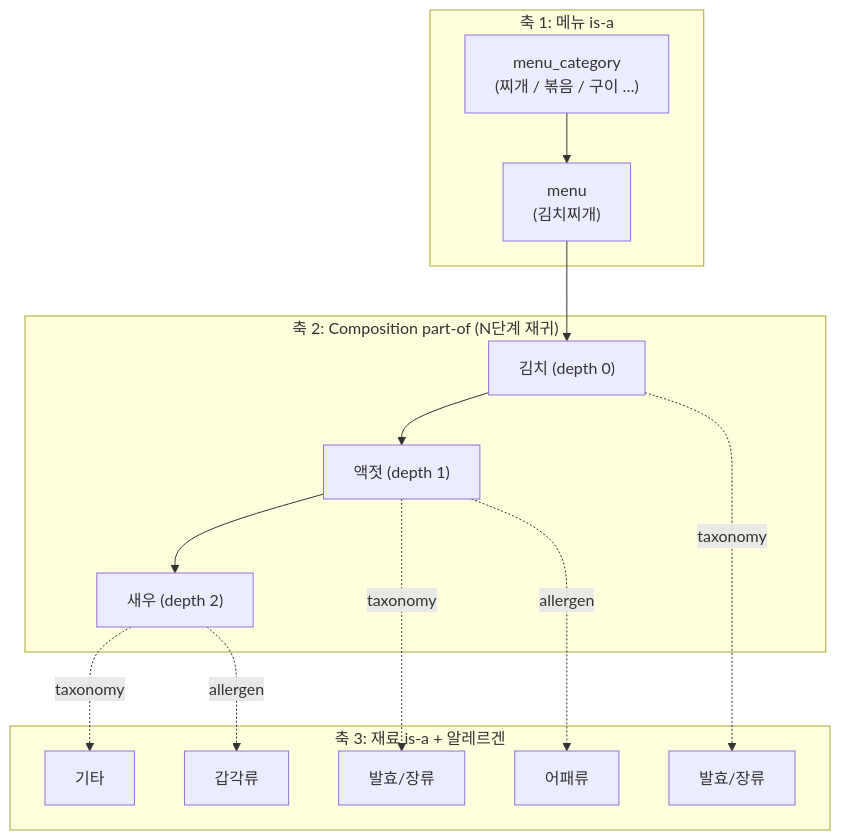
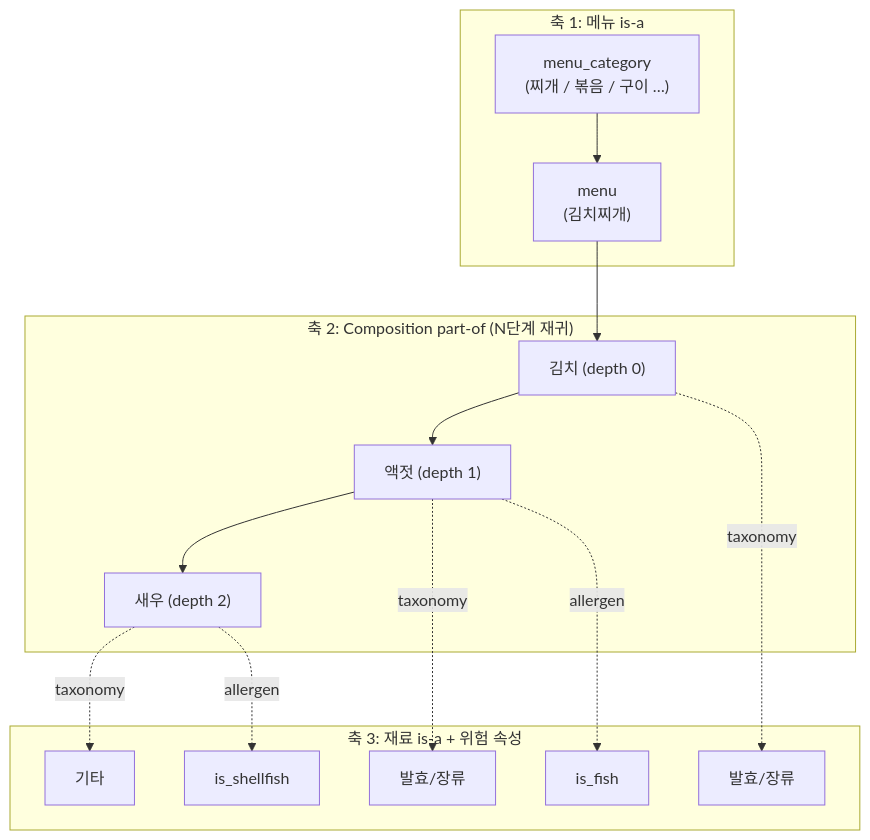
Before and after one commit to Han-Spoon/ai: the third of 3 diagrams in docs/agent-4-DBontology.md, drawn with Mermaid. The commit also changed other lines of this file and 2 other files, not shown here.

````diff
--- a/docs/agent-4-DBontology.md
+++ b/docs/agent-4-DBontology.md
@@ -35,20 +366,20 @@
 ```mermaid
 graph TB
     subgraph "축 1: 메뉴 is-a"
         MC["menu_category<br/>(찌개 / 볶음 / 구이 …)"] --> M["menu<br/>(김치찌개)"]
     end
 
     subgraph "축 2: Composition part-of (N단계 재귀)"
         M --> I0["김치 (depth 0)"]
         I0 --> I1["액젓 (depth 1)"]
         I1 --> I2["새우 (depth 2)"]
     end
 
-    subgraph "축 3: 재료 is-a + 알레르겐"
+    subgraph "축 3: 재료 is-a + 위험 속성"
         I0 -.taxonomy.-> T0["발효/장류"]
         I1 -.taxonomy.-> T1["발효/장류"]
         I2 -.taxonomy.-> T2["기타"]
-        I1 -.allergen.-> A1["어패류"]
-        I2 -.allergen.-> A2["갑각류"]
+        I1 -.allergen.-> A1["is_fish"]
+        I2 -.allergen.-> A2["is_shellfish"]
     end
 ```
````
